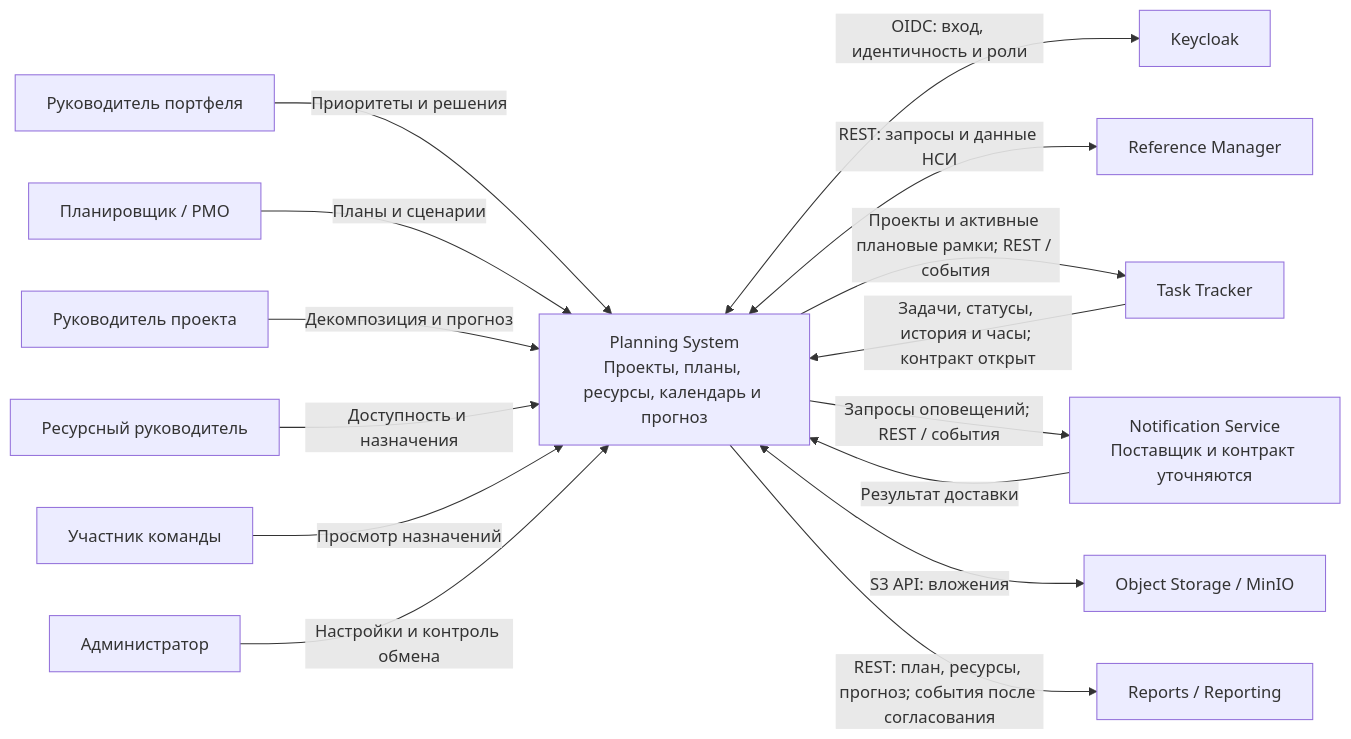
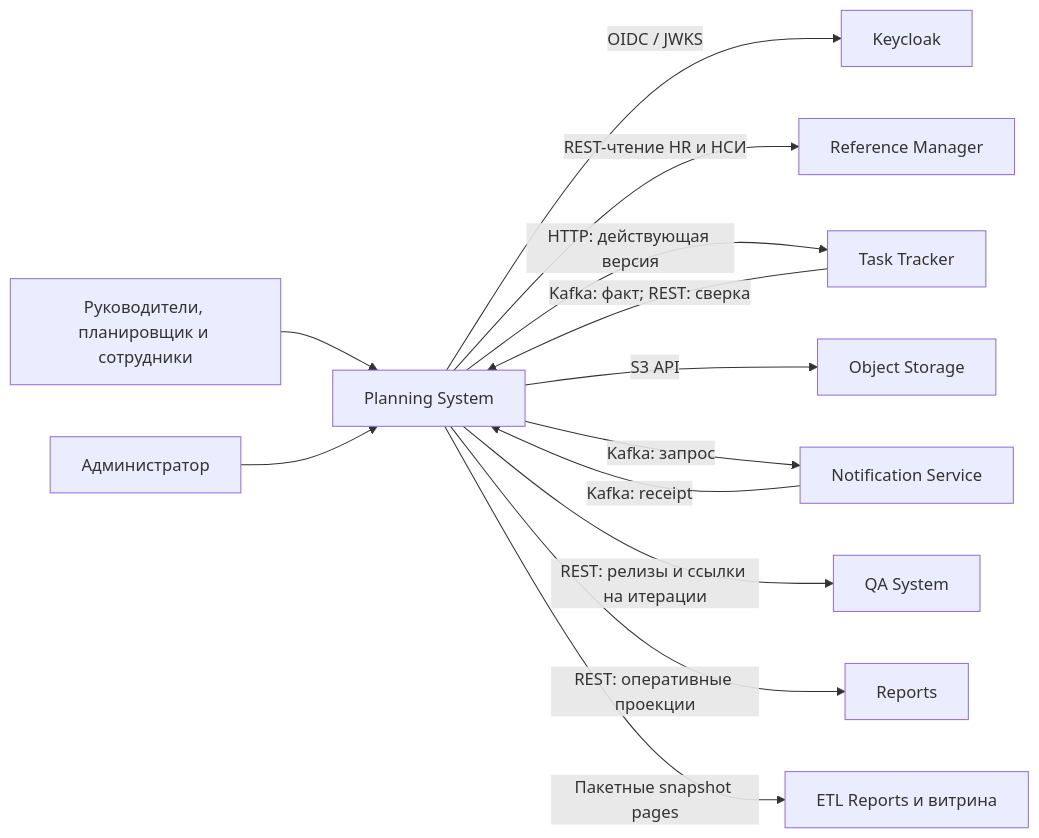
The diagram in planning-system/docs/020.system-context.md (MEPhI-C22-501/arch-info-system-monorepo), drawn with Mermaid before and after one commit. The commit also changed other lines of this file and 111 other files, not shown here.

Commit message:
docs(planning-system): complete design package and audit rework

````diff
--- a/planning-system/docs/020.system-context.md
+++ b/planning-system/docs/020.system-context.md
@@ -35,18 +25,15 @@
 ```mermaid
 flowchart LR
-  H["Руководитель портфеля"] -->|"Приоритеты и решения"| PS
-  P["Планировщик / PMO"] -->|"Планы и сценарии"| PS
-  M["Руководитель проекта"] -->|"Декомпозиция и прогноз"| PS
-  R["Ресурсный руководитель"] -->|"Доступность и назначения"| PS
-  E["Участник команды"] -->|"Просмотр назначений"| PS
-  A["Администратор"] -->|"Настройки и контроль обмена"| PS
-  PS["Planning System<br/>Проекты, планы, ресурсы, календарь и прогноз"]
-  PS <-->|"OIDC: вход, идентичность и роли"| KC["Keycloak"]
-  PS <-->|"REST: запросы и данные НСИ"| RM["Reference Manager"]
-  PS -->|"Проекты и активные плановые рамки; REST / события"| TT["Task Tracker"]
-  TT -->|"Задачи, статусы, история и часы; контракт открыт"| PS
-  PS -->|"Запросы оповещений; REST / события"| NS["Notification Service<br/>Поставщик и контракт уточняются"]
-  NS -->|"Результат доставки"| PS
-  PS <-->|"S3 API: вложения"| OS["Object Storage / MinIO"]
-  PS -->|"REST: план, ресурсы, прогноз; события после согласования"| REP["Reports / Reporting"]
+  H["Руководители, планировщик и сотрудники"] --> PS["Planning System"]
+  A["Администратор"] --> PS
+  PS -->|"OIDC / JWKS"| KC["Keycloak"]
+  PS -->|"REST-чтение HR и НСИ"| RM["Reference Manager"]
+  PS -->|"HTTP: действующая версия"| TT["Task Tracker"]
+  TT -->|"Kafka: факт; REST: сверка"| PS
+  PS -->|"S3 API"| S3["Object Storage"]
+  PS -->|"Kafka: запрос"| NS["Notification Service"]
+  NS -->|"Kafka: receipt"| PS
+  PS -->|"REST: релизы и ссылки на итерации"| QA["QA System"]
+  PS -->|"REST: оперативные проекции"| REP["Reports"]
+  PS -->|"Пакетные snapshot pages"| ETL["ETL Reports и витрина"]
 ```
````
